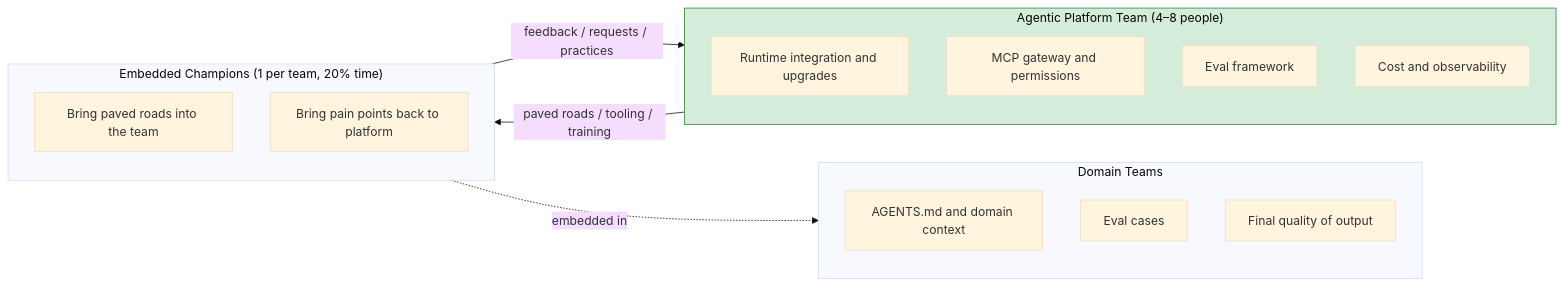
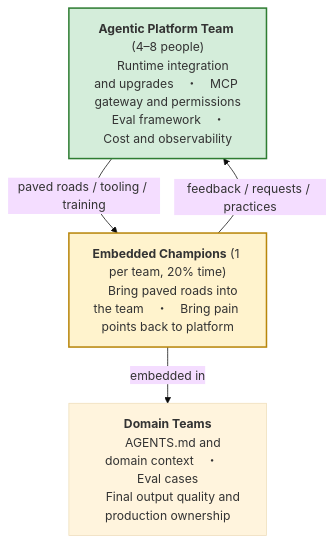
The first of 3 diagrams in 2026-09-agentic-org-design/article.en.md (fantasybz/medium-articles), drawn with Mermaid (base theme) before and after one commit. The commit also changed other lines of this file and 26 other files, not shown here.

First line of the commit message:
Redraw the remaining wide and tall diagrams across all four articles

````diff
--- a/2026-09-agentic-org-design/article.en.md
+++ b/2026-09-agentic-org-design/article.en.md
@@ -27,22 +27,16 @@
 ```mermaid
-flowchart LR
-    subgraph PT["Agentic Platform Team (4–8 people)"]
-        P1["Runtime integration and upgrades"]
-        P2["MCP gateway and permissions"]
-        P3["Eval framework"]
-        P4["Cost and observability"]
-    end
-    subgraph CH["Embedded Champions (1 per team, 20% time)"]
-        C1["Bring paved roads into the team"]
-        C2["Bring pain points back to platform"]
-    end
-    subgraph DT["Domain Teams"]
-        D1["AGENTS.md and domain context"]
-        D2["Eval cases"]
-        D3["Final quality of output"]
-    end
+flowchart TB
+    PT["<b>Agentic Platform Team</b> (4–8 people)
+    Runtime integration and upgrades　・　MCP gateway and permissions
+    Eval framework　・　Cost and observability"]
+    CH["<b>Embedded Champions</b> (1 per team, 20% time)
+    Bring paved roads into the team　・　Bring pain points back to platform"]
+    DT["<b>Domain Teams</b>
+    AGENTS.md and domain context　・　Eval cases
+    Final output quality and production ownership"]
     PT -->|paved roads / tooling / training| CH
     CH -->|feedback / requests / practices| PT
-    CH -.->|embedded in| DT
-    style PT fill:#d4edda,stroke:#2e7d32
+    CH -->|embedded in| DT
+    style PT fill:#d4edda,stroke:#2e7d32,stroke-width:2px
+    style CH fill:#fff3cd,stroke:#b8860b,stroke-width:2px
 ```
````
